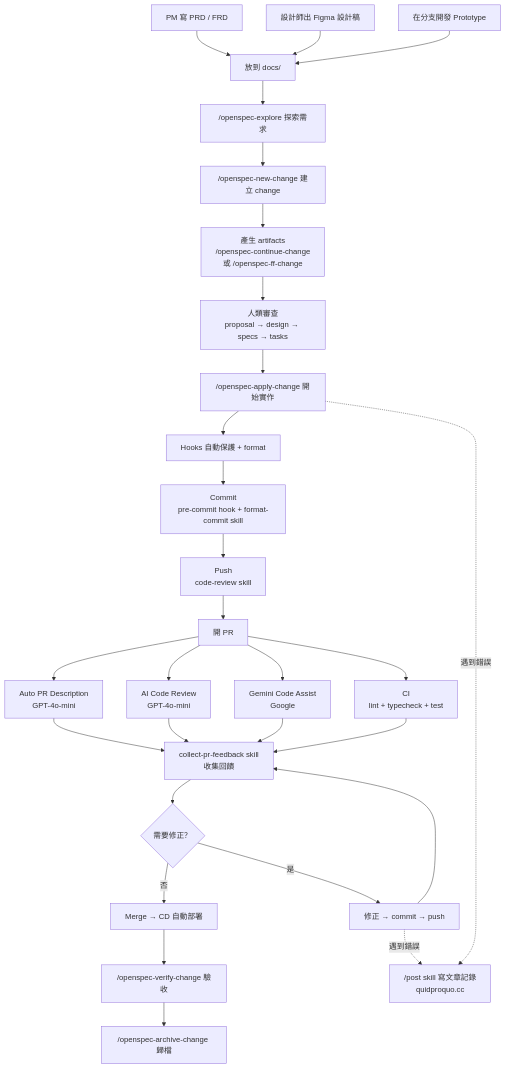
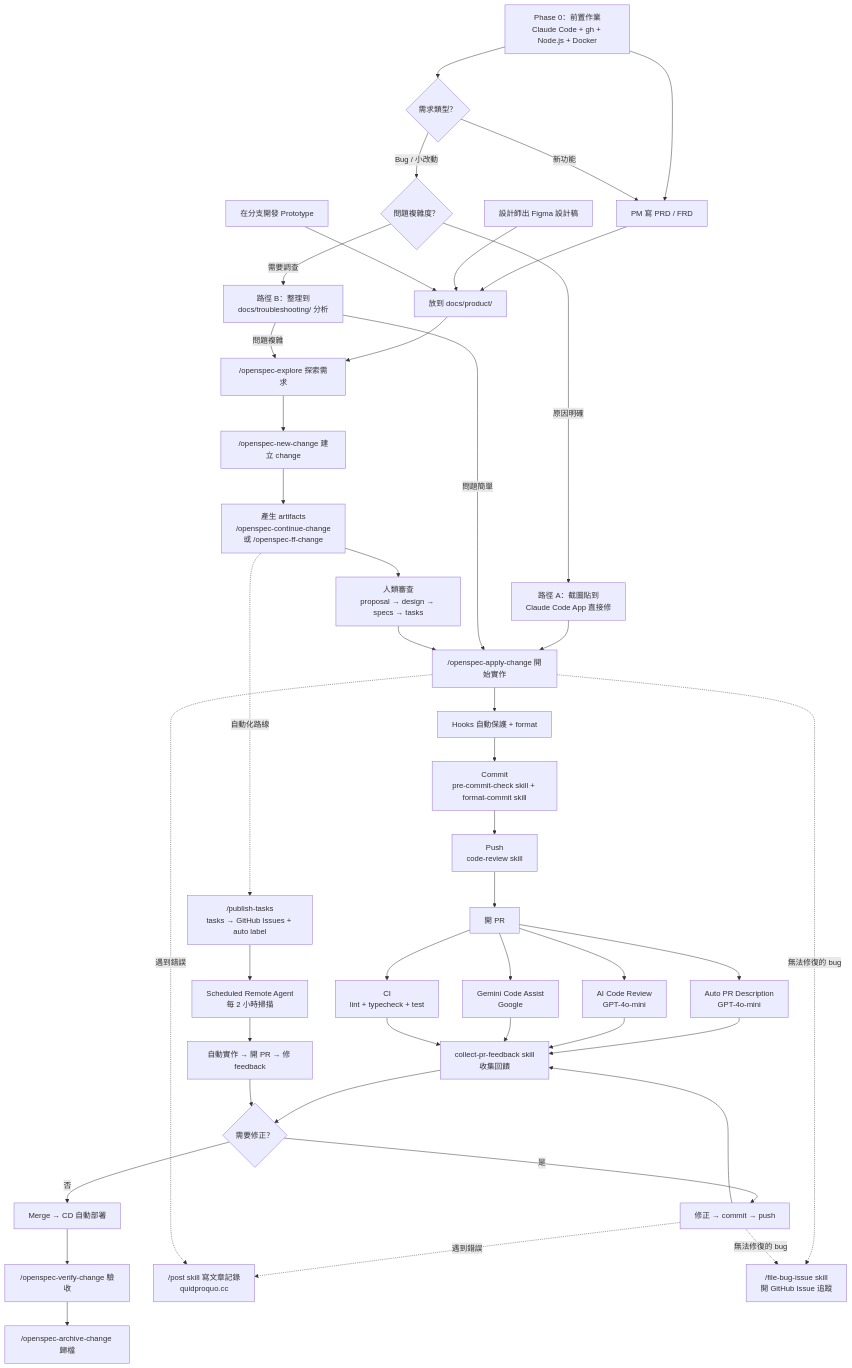
Before and after one commit to daodaoedu/daodao: the first of 2 diagrams in docs/workflow.md, drawn with Mermaid. The commit also changed other lines of this file and 24 other files, not shown here.

````diff
--- a/docs/workflow.md
+++ b/docs/workflow.md
@@ -5,30 +19,48 @@
 ```mermaid
 flowchart TD
-    A1[PM 寫 PRD / FRD] --> A4[放到 docs/]
+    A0["Phase 0：前置作業<br/>Claude Code + gh + Node.js + Docker"] --> A1
+    A0 --> BUG{"需求類型？"}
+
+    BUG -- "新功能" --> A1
+    A1[PM 寫 PRD / FRD] --> A4[放到 docs/product/]
     A2[設計師出 Figma 設計稿] --> A4
     A3[在分支開發 Prototype] --> A4
     A4 --> B["/openspec-explore 探索需求"]
+
+    BUG -- "Bug / 小改動" --> BUGPATH{"問題複雜度？"}
+    BUGPATH -- "原因明確" --> BUGA["路徑 A：截圖貼到<br/>Claude Code App 直接修"]
+    BUGA --> F
+    BUGPATH -- "需要調查" --> BUGB["路徑 B：整理到<br/>docs/troubleshooting/ 分析"]
+    BUGB -- "問題簡單" --> F
+    BUGB -- "問題複雜" --> B
     B --> C["/openspec-new-change 建立 change"]
     C --> D["產生 artifacts<br/>/openspec-continue-change<br/>或 /openspec-ff-change"]
     D --> E["人類審查<br/>proposal → design → specs → tasks"]
     E --> F["/openspec-apply-change 開始實作"]
     F --> G["Hooks 自動保護 + format"]
-    G --> H["Commit<br/>pre-commit hook + format-commit skill"]
+    G --> H["Commit<br/>pre-commit-check skill + format-commit skill"]
     H --> I["Push<br/>code-review skill"]
     I --> J[開 PR]
 
     J --> K["Auto PR Description<br/>GPT-4o-mini"]
     J --> L["AI Code Review<br/>GPT-4o-mini"]
     J --> M["Gemini Code Assist<br/>Google"]
     J --> N["CI<br/>lint + typecheck + test"]
 
     K & L & M & N --> O["collect-pr-feedback skill<br/>收集回饋"]
     O --> P{需要修正？}
     P -- 是 --> Q[修正 → commit → push] --> O
     P -- 否 --> R[Merge → CD 自動部署]
     R --> S["/openspec-verify-change 驗收"]
     S --> T["/openspec-archive-change 歸檔"]
 
     Q -. 遇到錯誤 .-> U["/post skill 寫文章記錄<br/>quidproquo.cc"]
     F -. 遇到錯誤 .-> U
+    F -. 無法修復的 bug .-> Y["/file-bug-issue skill<br/>開 GitHub Issue 追蹤"]
+    Q -. 無法修復的 bug .-> Y
+
+    D -. 自動化路線 .-> V["/publish-tasks<br/>tasks → GitHub Issues + auto label"]
+    V --> W["Scheduled Remote Agent<br/>每 2 小時掃描"]
+    W --> X["自動實作 → 開 PR → 修 feedback"]
+    X --> P
 ```
````
